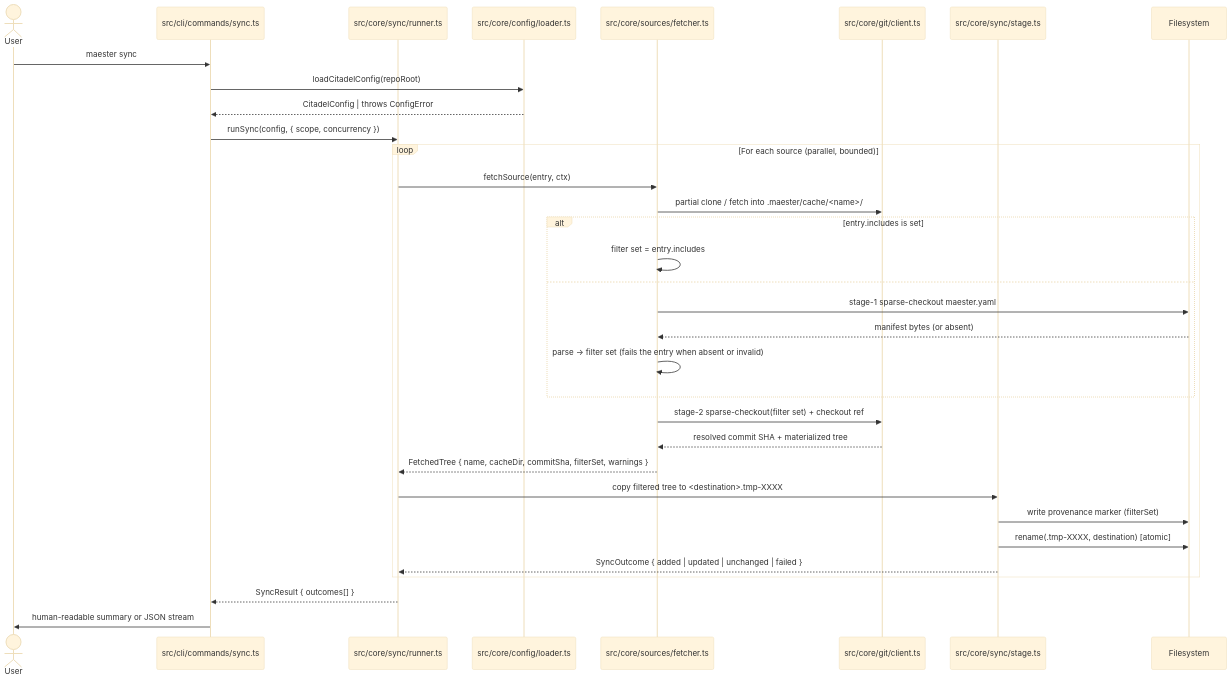
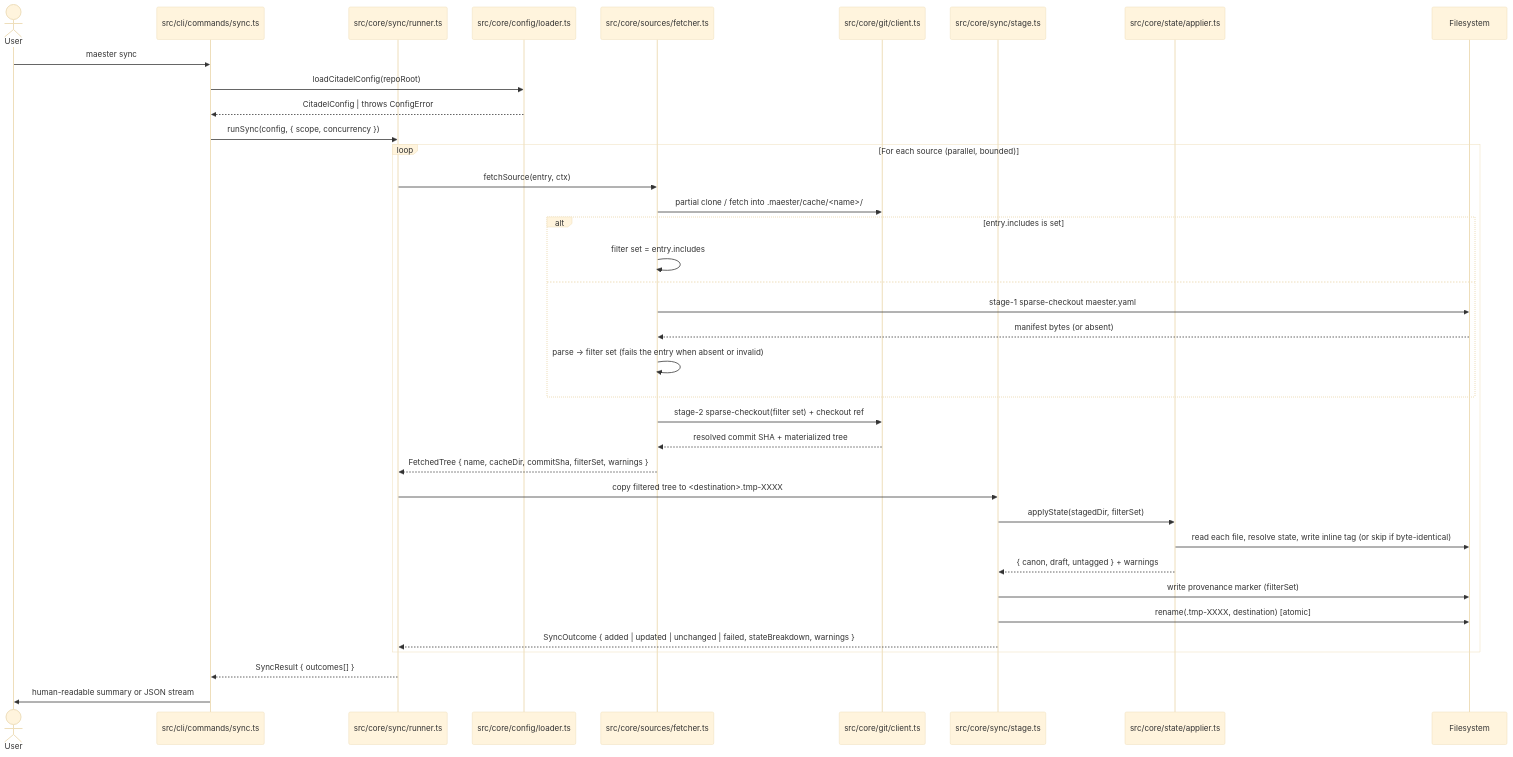
One commit to gballer77/maester changed the second of 3 diagrams in gspec/architecture.md. Above: the diagram before and after it, drawn with Mermaid (base theme). The commit also changed other lines of this file and 2 other files, not shown here.

````diff
--- a/gspec/architecture.md
+++ b/gspec/architecture.md
@@ -397,36 +415,40 @@
 ```mermaid
 sequenceDiagram
     actor U as User
     participant CLI as src/cli/commands/sync.ts
     participant Runner as src/core/sync/runner.ts
     participant Loader as src/core/config/loader.ts
     participant Fetcher as src/core/sources/fetcher.ts
     participant Git as src/core/git/client.ts
     participant Stage as src/core/sync/stage.ts
+    participant Applier as src/core/state/applier.ts
     participant FS as Filesystem
 
     U->>CLI: maester sync
     CLI->>Loader: loadCitadelConfig(repoRoot)
     Loader-->>CLI: CitadelConfig | throws ConfigError
     CLI->>Runner: runSync(config, { scope, concurrency })
     loop For each source (parallel, bounded)
         Runner->>Fetcher: fetchSource(entry, ctx)
         Fetcher->>Git: partial clone / fetch into .maester/cache/<name>/
         alt entry.includes is set
             Fetcher->>Fetcher: filter set = entry.includes
         else
             Fetcher->>FS: stage-1 sparse-checkout maester.yaml
             FS-->>Fetcher: manifest bytes (or absent)
             Fetcher->>Fetcher: parse → filter set (fails the entry when absent or invalid)
         end
         Fetcher->>Git: stage-2 sparse-checkout(filter set) + checkout ref
         Git-->>Fetcher: resolved commit SHA + materialized tree
         Fetcher-->>Runner: FetchedTree { name, cacheDir, commitSha, filterSet, warnings }
         Runner->>Stage: copy filtered tree to <destination>.tmp-XXXX
+        Stage->>Applier: applyState(stagedDir, filterSet)
+        Applier->>FS: read each file, resolve state, write inline tag (or skip if byte-identical)
+        Applier-->>Stage: { canon, draft, untagged } + warnings
         Stage->>FS: write provenance marker (filterSet)
         Stage->>FS: rename(.tmp-XXXX, destination) [atomic]
-        Stage-->>Runner: SyncOutcome { added | updated | unchanged | failed }
+        Stage-->>Runner: SyncOutcome { added | updated | unchanged | failed, stateBreakdown, warnings }
     end
     Runner-->>CLI: SyncResult { outcomes[] }
     CLI->>U: human-readable summary or JSON stream
 ```
````
